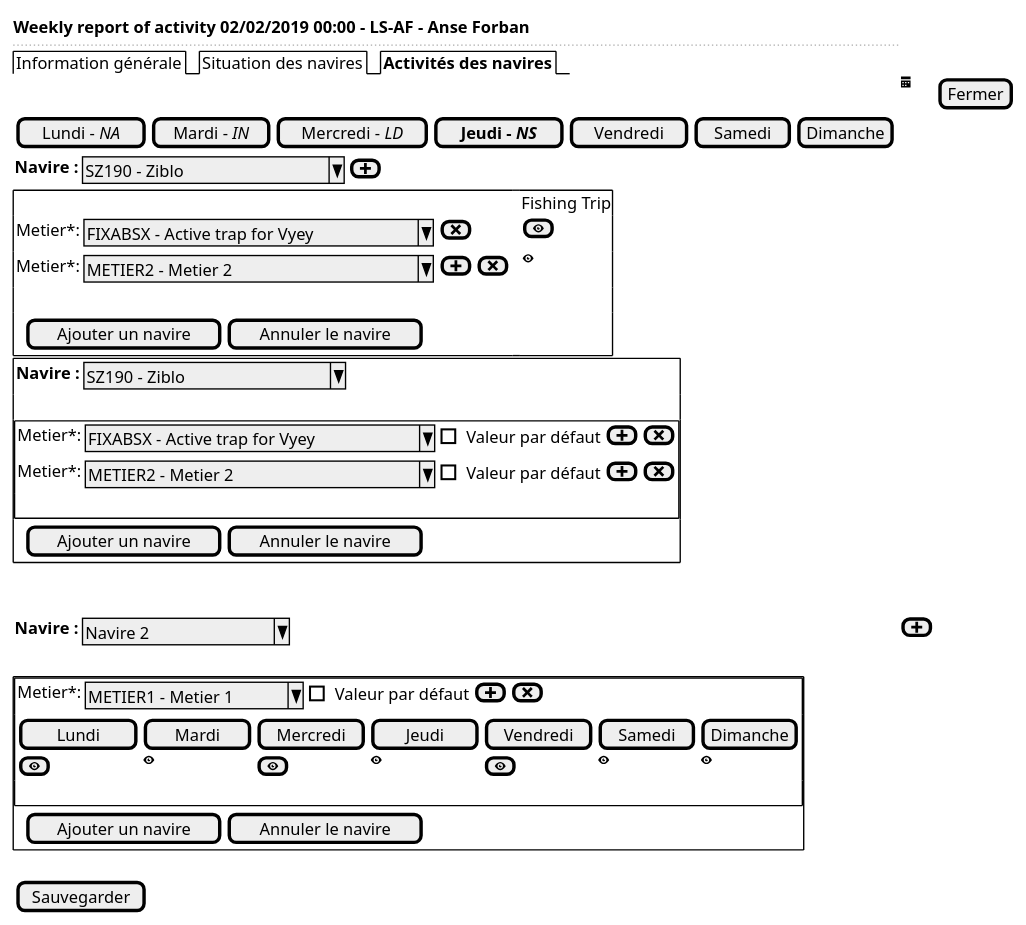
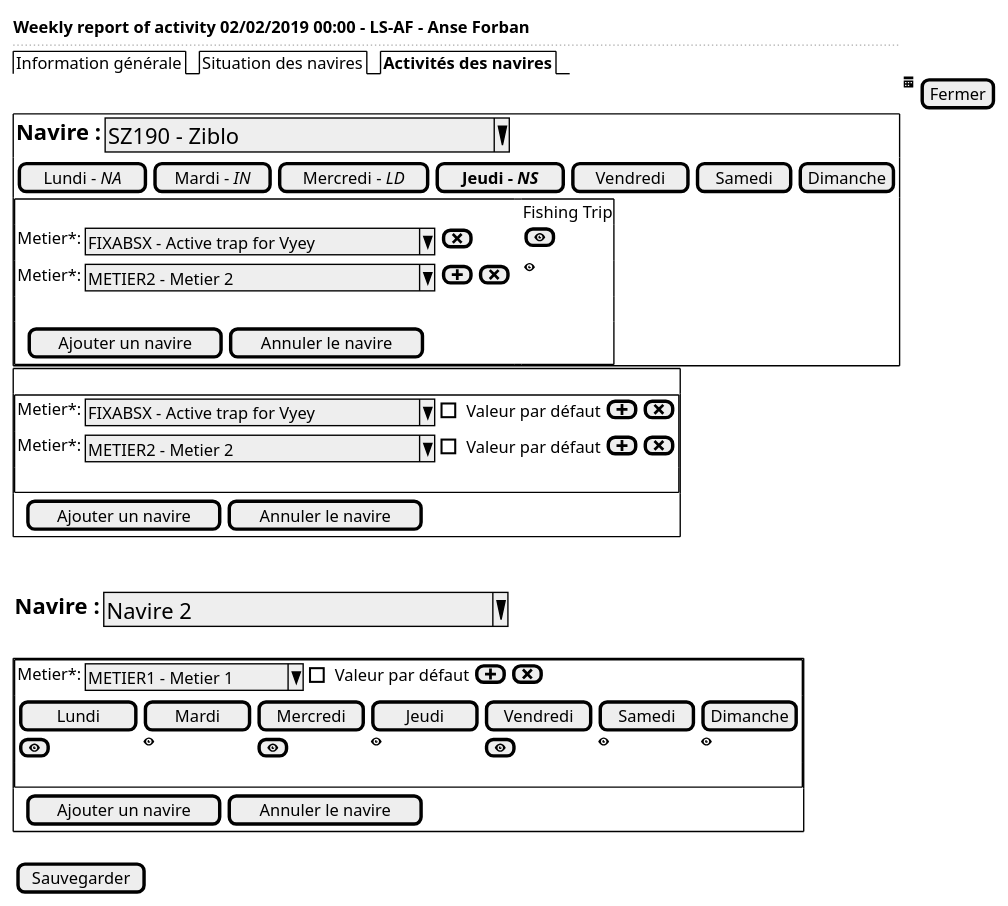
One commit to sumaris-net/sumaris-doc changed the diagram in use-case/collect/weekly/weekly-ui-activity-tablet-week.puml. Above: the diagram before and after it, drawn with PlantUML. The commit also changed 5 other files, not shown here.

Commit message:
updating weekly activity screens with desktop mode and updating collect.md

```diff
--- a/use-case/collect/weekly/weekly-ui-activity-tablet-week.puml
+++ b/use-case/collect/weekly/weekly-ui-activity-tablet-week.puml
@@ -1,52 +1,52 @@
 @startsalt
 {
-  <b>Weekly report of activity 02/02/2019 00:00 - LS-AF - Anse Forban
-  ..
-  {/ Information générale | Situation des navires | <b>Activités des navires }
-  .| <&calendar> | [Fermer]
-    {
-        [Lundi - <i>NA ] | [Mardi - <i>IN] | [Mercredi - <i>LD] | [<b>Jeudi - <i>NS ] | [ Vendredi ] | [Samedi  ] | [Dimanche]
+    <b>Weekly report of activity 02/02/2019 00:00 - LS-AF - Anse Forban
+    ..
+    {/ Information générale | Situation des navires | <b>Activités des navires }
+    .| <&calendar> | [Fermer]
+    {+
+    { <size:16><b>Navire :            | { ^<size:16>SZ190 - Ziblo                      ^ }}
+       {
+            [Lundi - <i>NA ] | [Mardi - <i>IN] | [Mercredi - <i>LD] | [<b>Jeudi - <i>NS ] | [ Vendredi ] | [Samedi  ] | [Dimanche]
+        }
+
+        {+
+            .|.|Fishing Trip
+            {Metier*:        | { ^FIXABSX - Active trap for Vyey^ } | [<&x>]} |.| [<&eye>]
+
+            {Metier*:        | { ^METIER2 - Metier 2            ^ }  | [<&plus>]| [<&x>]} |.| <&eye>
+
+            .
+            {. |  {[Ajouter un navire] | [Annuler le navire]}}
+        }
     }
-
-    {<b>Navire :            | { ^SZ190 - Ziblo         ^ | [<&plus>]}}
-    {+
-        .|.|Fishing Trip
-        {Metier*:        | { ^FIXABSX - Active trap for Vyey^ } | [<&x>]} |.| [<&eye>]
-
-        {Metier*:        | { ^METIER2 - Metier 2            ^ }  | [<&plus>]| [<&x>]} |.| <&eye>
-
-        .
-        {. |  {[Ajouter un navire] | [Annuler le navire]}}
-    }
-
   {+
-    {<b>Navire :            | { ^SZ190 - Ziblo         ^}}
     .
     {+
         {Metier*:        | { ^FIXABSX - Active trap for Vyey^ | [] Valeur par défaut }  | [<&plus>]| [<&x>]}
 
         {Metier*:        | { ^METIER2 - Metier 2            ^ | [] Valeur par défaut }  | [<&plus>]| [<&x>]}
         .
     }
         {. |  {[Ajouter un navire] | [Annuler le navire]}}
   }
   .
   .
-  {<b>Navire :            | { ^Navire 2         ^ }}| [<&plus>]
+  { <size:16><b>Navire :            | { ^<size:16>Navire 2                           ^ }}
   .
   {+
     {+
         {Metier*:        | { ^METIER1 - Metier 1^ | [] Valeur par défaut }  | [<&plus>]| [<&x>]}
 
         {
             [Lundi     ] | [Mardi    ] | [Mercredi ] | [Jeudi    ] | [Vendredi ] | [Samedi  ] | [Dimanche]
             [<&eye>]     | <&eye>     | [<&eye>]    | <&eye>     | [<&eye>]      | <&eye>     | <&eye>
         }
         .
     }
         {. |  {[Ajouter un navire] | [Annuler le navire]}}
   }
   .
   {[Sauvegarder]}
 }
 @endsalt
```
